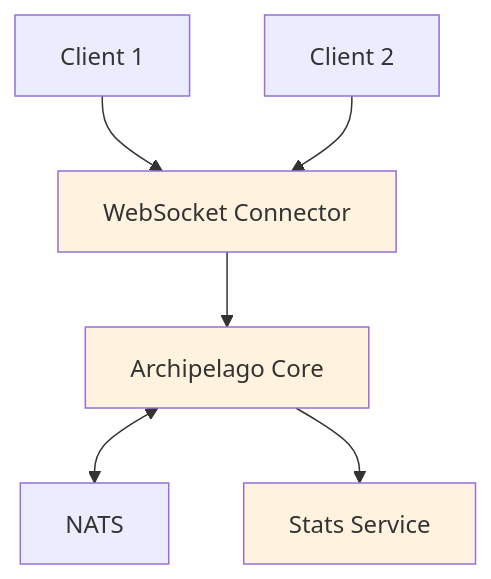
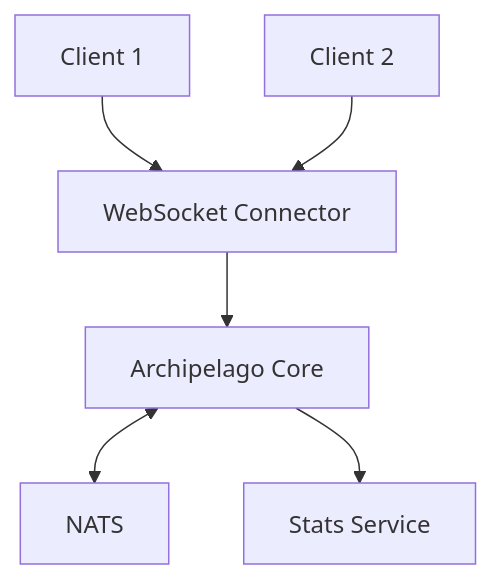
Before and after one commit to drkrillo/docs: the fourth of 5 diagrams in contributor/architecture/catalyst.md, drawn with Mermaid. The commit also changed other lines of this file and 2 other files, not shown here.

Commit message:
docs: mermeid update

````diff
--- a/contributor/architecture/catalyst.md
+++ b/contributor/architecture/catalyst.md
@@ -177,19 +173,15 @@
 ```mermaid
 flowchart TB
     Client1[Client 1]
     Client2[Client 2]
     WS[WebSocket Connector]
     Core[Archipelago Core]
     NATS[NATS]
     Stats[Stats Service]
     
     Client1 --> WS
     Client2 --> WS
     WS --> Core
     Core <--> NATS
     Core --> Stats
-    
-    style WS fill:#fff3e0
-    style Core fill:#fff3e0
-    style Stats fill:#fff3e0
 ```
````
